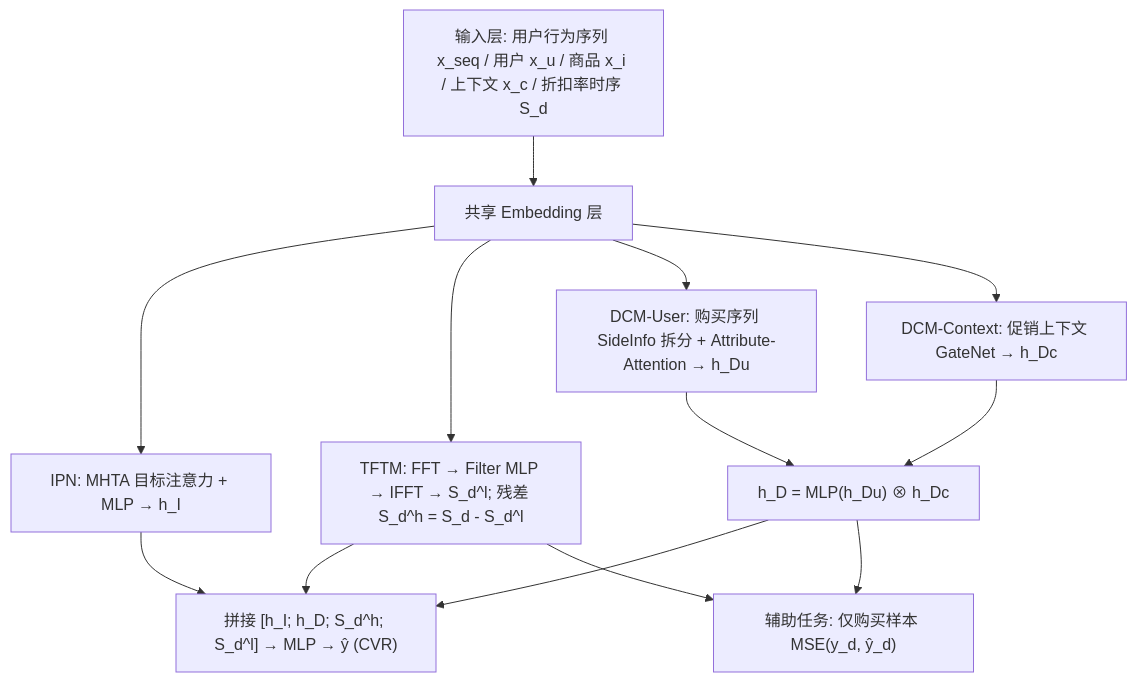
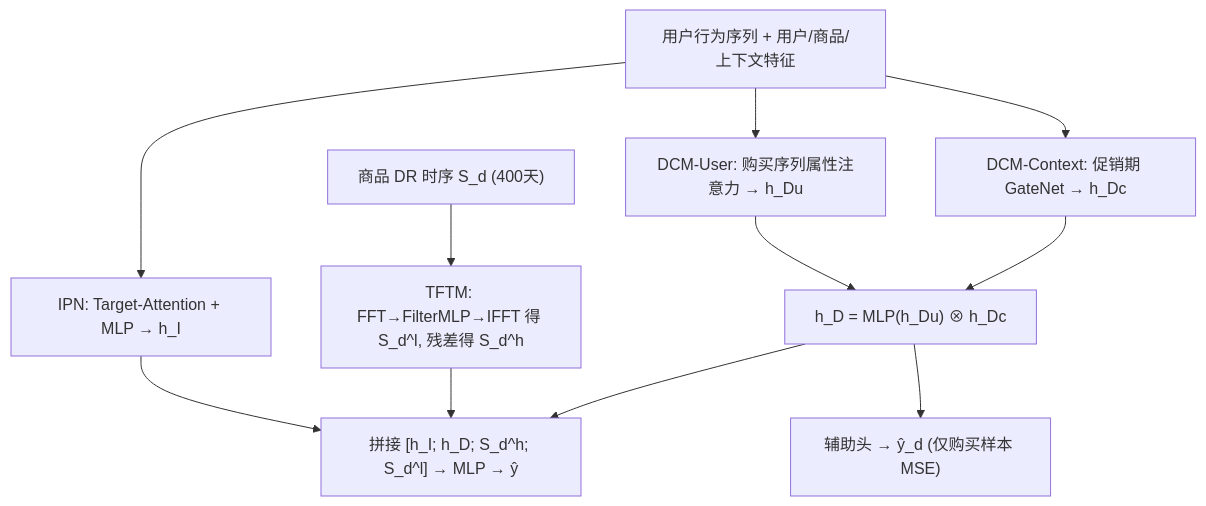
One commit to jbdcia321vw/Paper-Notes changed the diagram in docs/venues/SIGIR/2026/ctr_feature_interaction/cheaper_is_better_a_discount_aware_network_for_conversion_rate_prediction_i.md. Above: the diagram before and after it, drawn with Mermaid. The commit also changed other lines of this file and 1119 other files, not shown here.

````diff
--- a/docs/venues/SIGIR/2026/ctr_feature_interaction/cheaper_is_better_a_discount_aware_network_for_conversion_rate_prediction_i.md
+++ b/docs/venues/SIGIR/2026/ctr_feature_interaction/cheaper_is_better_a_discount_aware_network_for_conversion_rate_prediction_i.md
@@ -59,15 +46,13 @@
 ```mermaid
 flowchart TD
-    A["输入层: 用户行为序列 x_seq / 用户 x_u / 商品 x_i / 上下文 x_c / 折扣率时序 S_d"] --> B["共享 Embedding 层"]
-    B --> C["IPN: MHTA 目标注意力 + MLP → h_I"]
-    B --> D["TFTM: FFT → Filter MLP → IFFT → S_d^l; 残差 S_d^h = S_d - S_d^l"]
-    B --> E["DCM-User: 购买序列 SideInfo 拆分 + Attribute-Attention → h_Du"]
-    B --> F["DCM-Context: 促销上下文 GateNet → h_Dc"]
+    A["用户行为序列 + 用户/商品/上下文特征"] --> B["IPN: Target-Attention + MLP → h_I"]
+    C["商品 DR 时序 S_d (400天)"] --> D["TFTM: FFT→FilterMLP→IFFT 得 S_d^l, 残差得 S_d^h"]
+    A --> E["DCM-User: 购买序列属性注意力 → h_Du"]
+    A --> F["DCM-Context: 促销期 GateNet → h_Dc"]
     E --> G["h_D = MLP(h_Du) ⊗ h_Dc"]
     F --> G
-    C --> H["拼接 [h_I; h_D; S_d^h; S_d^l] → MLP → ŷ (CVR)"]
+    B --> H["拼接 [h_I; h_D; S_d^h; S_d^l] → MLP → ŷ"]
     D --> H
     G --> H
-    G --> I["辅助任务: 仅购买样本 MSE(y_d, ŷ_d)"]
-    D --> I
+    G --> I["辅助头 → ŷ_d (仅购买样本 MSE)"]
 ```
````
